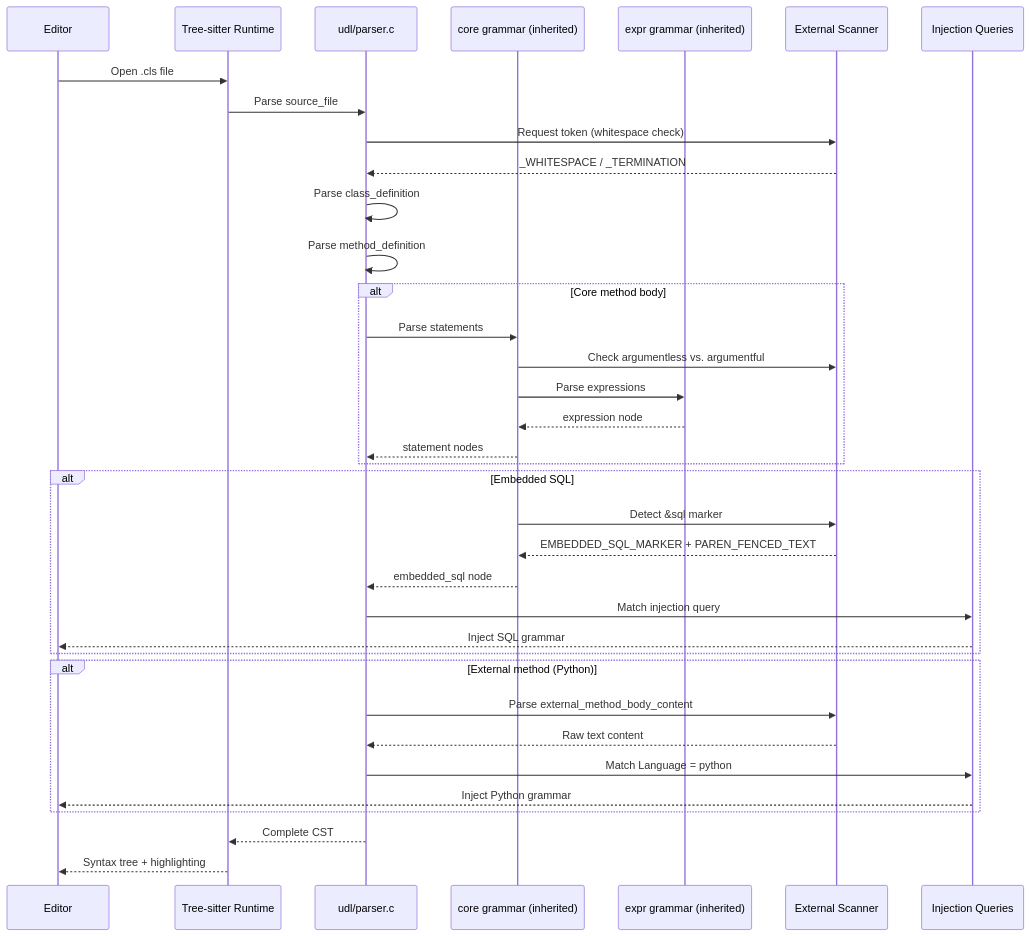
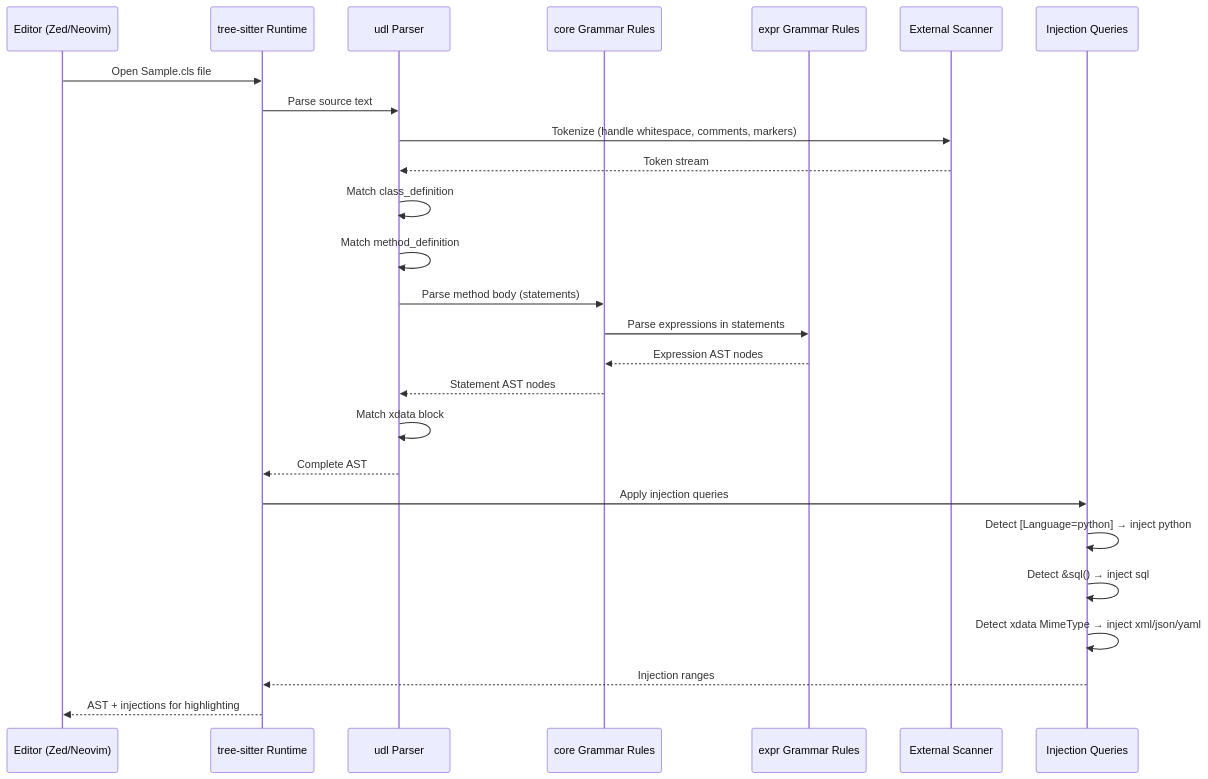
One commit to intersystems/tree-sitter-objectscript changed the sixth of 6 diagrams in docs/c4.md. Above: the diagram before and after it, drawn with Mermaid. The commit also changed other lines of this file and 12 other files, not shown here.

````diff
--- a/docs/c4.md
+++ b/docs/c4.md
@@ -306,45 +219,33 @@
 ```mermaid
 sequenceDiagram
-    participant Editor
-    participant TreeSitter as Tree-sitter Runtime
-    participant UDL as udl/parser.c
-    participant Core as core grammar (inherited)
-    participant Expr as expr grammar (inherited)
+    participant Editor as Editor (Zed/Neovim)
+    participant TS as tree-sitter Runtime
+    participant UDL as udl Parser
+    participant Core as core Grammar Rules
+    participant Expr as expr Grammar Rules
     participant Scanner as External Scanner
-    participant Injector as Injection Queries
+    participant Inject as Injection Queries
 
-    Editor->>TreeSitter: Open .cls file
-    TreeSitter->>UDL: Parse source_file
+    Editor->>TS: Open Sample.cls file
+    TS->>UDL: Parse source text
+    UDL->>Scanner: Tokenize (handle whitespace, comments, markers)
+    Scanner-->>UDL: Token stream
     
-    UDL->>Scanner: Request token (whitespace check)
-    Scanner-->>UDL: _WHITESPACE / _TERMINATION
+    UDL->>UDL: Match class_definition
+    UDL->>UDL: Match method_definition
+    UDL->>Core: Parse method body (statements)
+    Core->>Expr: Parse expressions in statements
+    Expr-->>Core: Expression AST nodes
+    Core-->>UDL: Statement AST nodes
     
-    UDL->>UDL: Parse class_definition
-    UDL->>UDL: Parse method_definition
+    UDL->>UDL: Match xdata block
+    UDL-->>TS: Complete AST
     
-    alt Core method body
-        UDL->>Core: Parse statements
-        Core->>Scanner: Check argumentless vs. argumentful
-        Core->>Expr: Parse expressions
-        Expr-->>Core: expression node
-        Core-->>UDL: statement nodes
-    end
+    TS->>Inject: Apply injection queries
+    Inject->>Inject: Detect [Language=python] → inject python
+    Inject->>Inject: Detect &sql() → inject sql
+    Inject->>Inject: Detect xdata MimeType → inject xml/json/yaml
+    Inject-->>TS: Injection ranges
     
-    alt Embedded SQL
-        Core->>Scanner: Detect &sql marker
-        Scanner-->>Core: EMBEDDED_SQL_MARKER + PAREN_FENCED_TEXT
-        Core-->>UDL: embedded_sql node
-        UDL->>Injector: Match injection query
-        Injector-->>Editor: Inject SQL grammar
-    end
-    
-    alt External method (Python)
-        UDL->>Scanner: Parse external_method_body_content
-        Scanner-->>UDL: Raw text content
-        UDL->>Injector: Match Language = python
-        Injector-->>Editor: Inject Python grammar
-    end
-    
-    UDL-->>TreeSitter: Complete CST
-    TreeSitter-->>Editor: Syntax tree + highlighting
+    TS-->>Editor: AST + injections for highlighting
 ```
````
